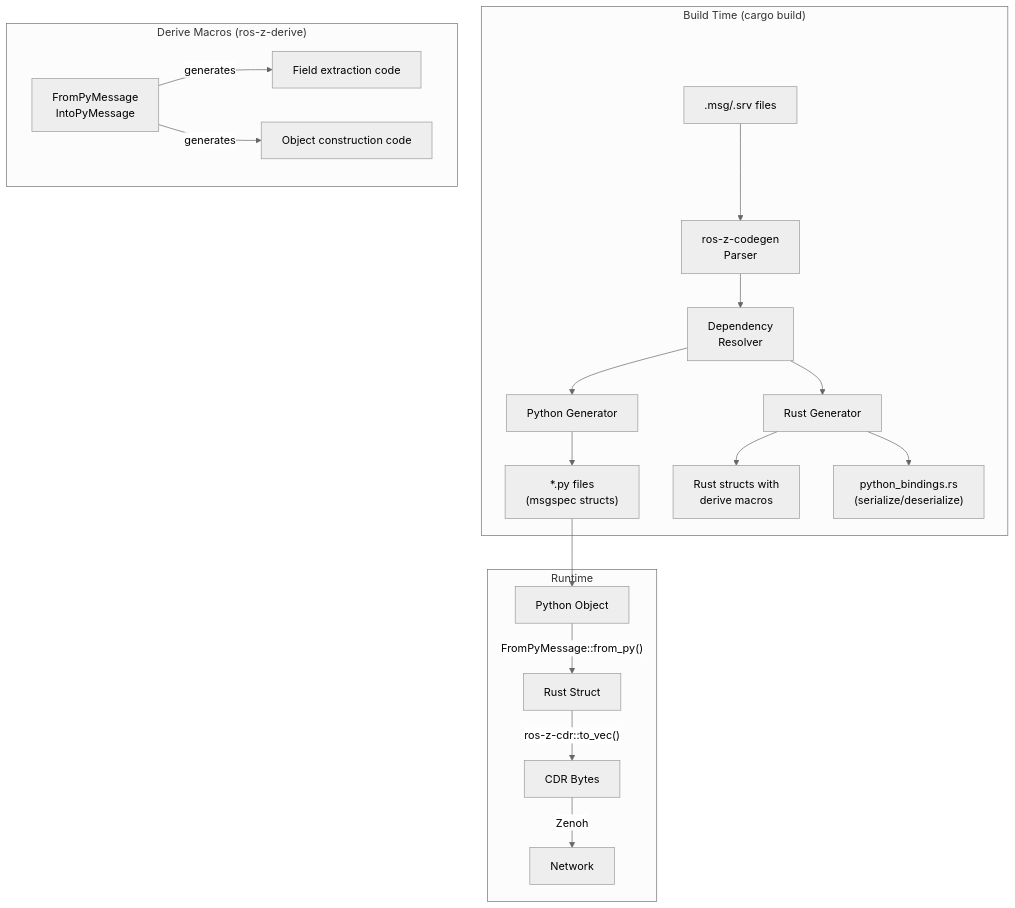
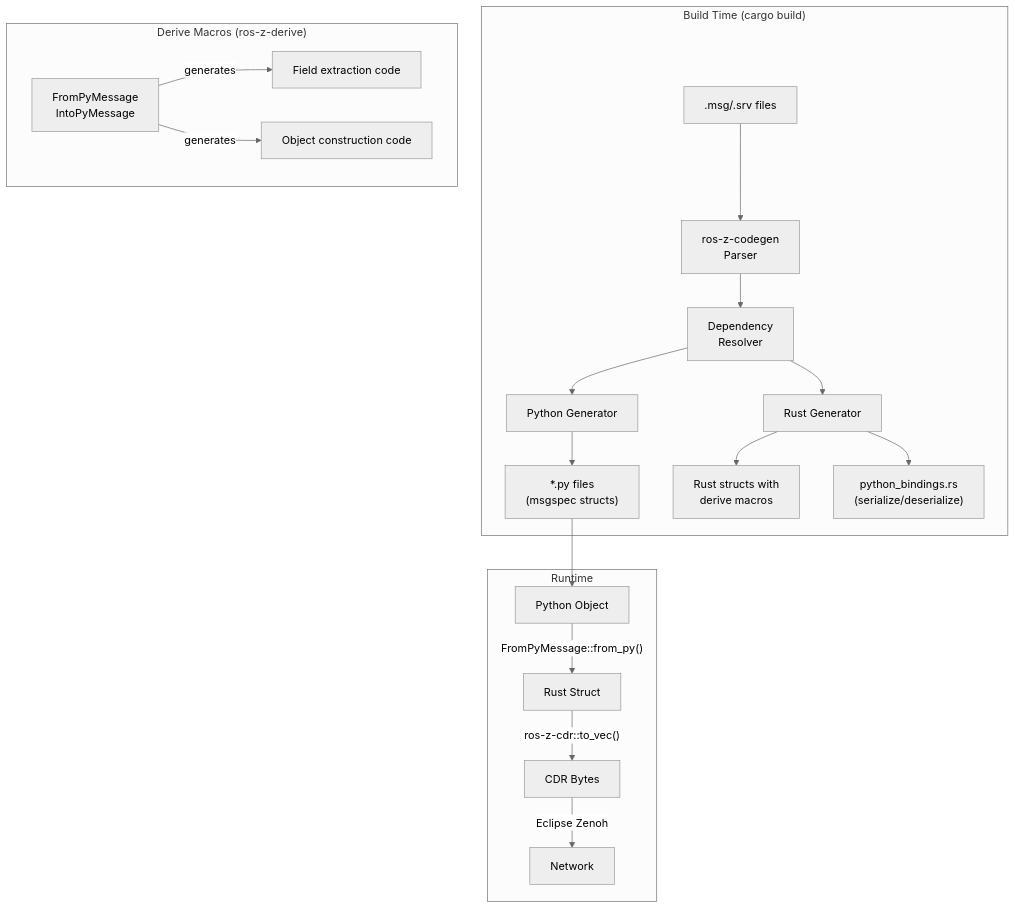
The first of 4 diagrams in docs/bindings/python-codegen.md (ZettaScaleLabs/ros-z), drawn with Mermaid (neutral theme) before and after one commit. The commit also changed 24 other files, not shown here.

First line of the commit message:
docs: use ros-z consistently and Eclipse Zenoh on first mention per page

````diff
--- a/docs/bindings/python-codegen.md
+++ b/docs/bindings/python-codegen.md
@@ -9,25 +9,25 @@
 ```mermaid
 graph TB
     subgraph "Build Time (cargo build)"
         ROS[".msg/.srv files"] --> Parser["ros-z-codegen<br/>Parser"]
         Parser --> Resolver["Dependency<br/>Resolver"]
         Resolver --> PyGen["Python Generator"]
         Resolver --> RsGen["Rust Generator"]
         PyGen --> PyFiles["*.py files<br/>(msgspec structs)"]
         RsGen --> RsFile["Rust structs with<br/>derive macros"]
         RsGen --> PyO3File["python_bindings.rs<br/>(serialize/deserialize)"]
     end
 
     subgraph "Derive Macros (ros-z-derive)"
         Derive["FromPyMessage<br/>IntoPyMessage"]
         Derive -->|"generates"| Extract["Field extraction code"]
         Derive -->|"generates"| Construct["Object construction code"]
     end
 
     subgraph "Runtime"
         PyFiles --> PyObj["Python Object"]
         PyObj -->|"FromPyMessage::from_py()"| RsStruct["Rust Struct"]
         RsStruct -->|"ros-z-cdr::to_vec()"| CDR["CDR Bytes"]
-        CDR -->|"Zenoh"| Network["Network"]
+        CDR -->|"Eclipse Zenoh"| Network["Network"]
     end
 ```
````
